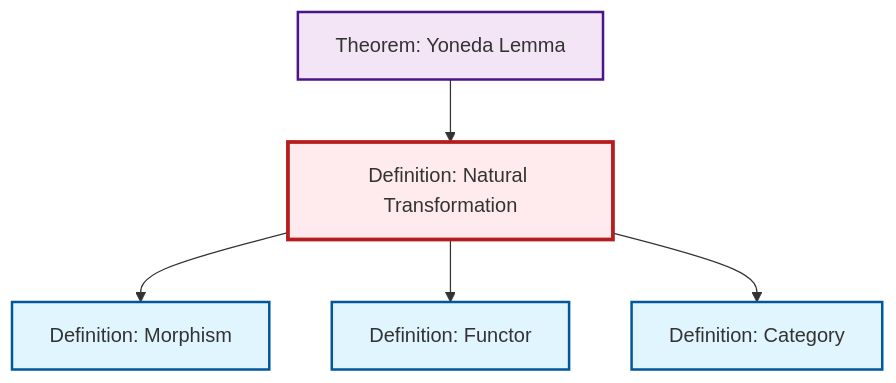
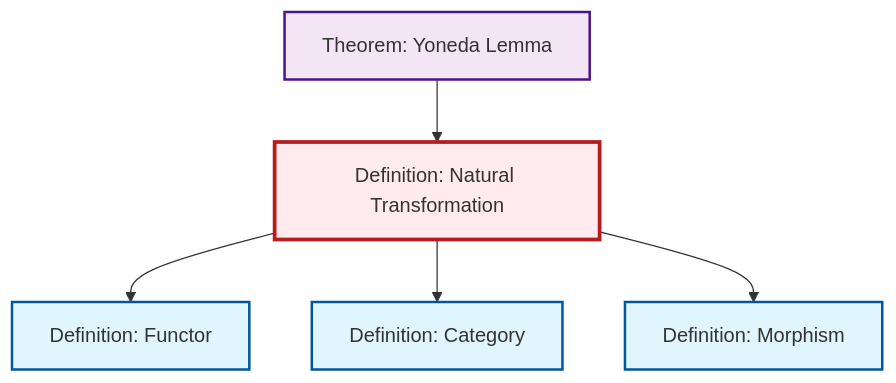
The diagram in content/en/category-theory/def-natural-transformation.qmd (RK0429/ModernMath), drawn with Mermaid before and after one commit. The commit also changed other lines of this file and 497 other files, not shown here.

````diff
--- a/content/en/category-theory/def-natural-transformation.qmd
+++ b/content/en/category-theory/def-natural-transformation.qmd
@@ -59,23 +59,23 @@
 ```{mermaid}
 %%| fig-cap: "Local dependency graph"
 graph TD
     classDef definition fill:#e1f5fe,stroke:#01579b,stroke-width:2px
     classDef theorem fill:#f3e5f5,stroke:#4a148c,stroke-width:2px
     classDef axiom fill:#fff3e0,stroke:#e65100,stroke-width:2px
     classDef example fill:#e8f5e9,stroke:#1b5e20,stroke-width:2px
     classDef current fill:#ffebee,stroke:#b71c1c,stroke-width:3px
-    thm-yoneda["Theorem: Yoneda Lemma"]:::theorem
     def-natural-transformation["Definition: Natural Transformation"]:::definition
     def-morphism["Definition: Morphism"]:::definition
     def-category["Definition: Category"]:::definition
     def-functor["Definition: Functor"]:::definition
+    thm-yoneda["Theorem: Yoneda Lemma"]:::theorem
+    def-natural-transformation --> def-functor
+    def-natural-transformation --> def-category
+    thm-yoneda --> def-natural-transformation
     def-natural-transformation --> def-morphism
-    def-natural-transformation --> def-functor
-    thm-yoneda --> def-natural-transformation
-    def-natural-transformation --> def-category
     class def-natural-transformation current
-    click thm-yoneda "thm-yoneda.html" "Go to Yoneda Lemma theorem"
     click def-morphism "def-morphism.html" "Go to Morphism definition"
     click def-category "def-category.html" "Go to Category definition"
     click def-functor "def-functor.html" "Go to Functor definition"
+    click thm-yoneda "thm-yoneda.html" "Go to Yoneda Lemma theorem"
 ```
````
